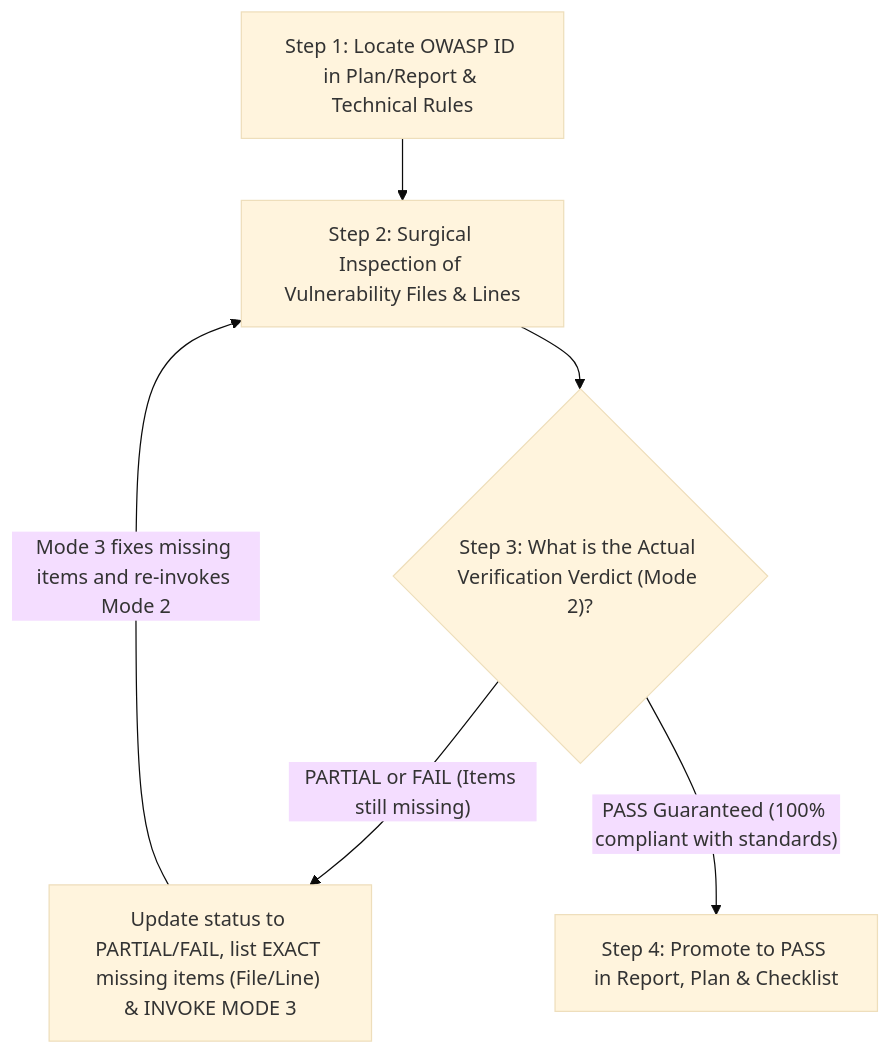
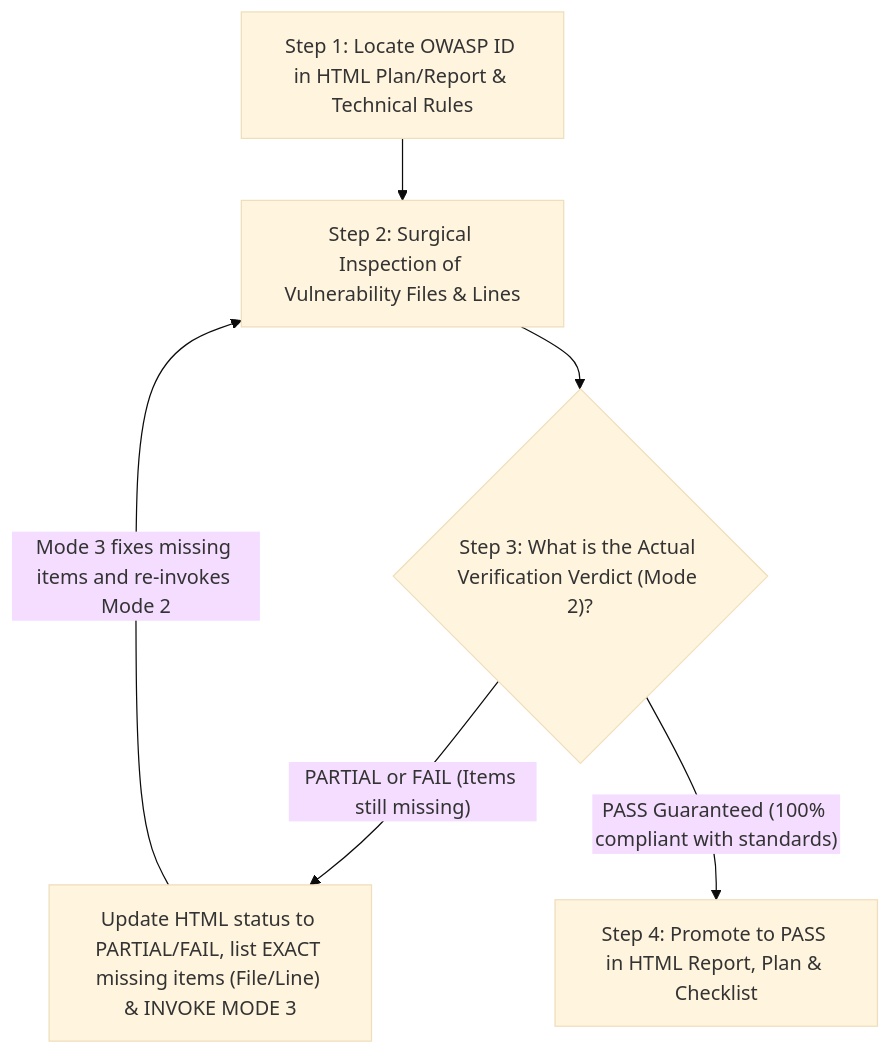
Before and after one commit to BrunoReiff/embed-sec-auditor: the third of 4 diagrams in .agents/skills/owasp-iot-auditor/SKILL.md, drawn with Mermaid (base theme). The commit also changed other lines of this file and 11 other files, not shown here.

````diff
--- a/.agents/skills/owasp-iot-auditor/SKILL.md
+++ b/.agents/skills/owasp-iot-auditor/SKILL.md
@@ -233,8 +238,8 @@
 ```mermaid
 flowchart TD
-    R1["Step 1: Locate OWASP ID in Plan/Report & Technical Rules"] --> R2["Step 2: Surgical Inspection of Vulnerability Files & Lines"]
+    R1["Step 1: Locate OWASP ID in HTML Plan/Report & Technical Rules"] --> R2["Step 2: Surgical Inspection of Vulnerability Files & Lines"]
     R2 --> R3{"Step 3: What is the Actual Verification Verdict (Mode 2)?"}
-    R3 -->|"PARTIAL or FAIL (Items still missing)"| R_LOOP["Update status to PARTIAL/FAIL, list EXACT missing items (File/Line) & INVOKE MODE 3"]
+    R3 -->|"PARTIAL or FAIL (Items still missing)"| R_LOOP["Update HTML status to PARTIAL/FAIL, list EXACT missing items (File/Line) & INVOKE MODE 3"]
     R_LOOP -->|"Mode 3 fixes missing items and re-invokes Mode 2"| R2
-    R3 -->|"PASS Guaranteed (100% compliant with standards)"| R4["Step 4: Promote to PASS in Report, Plan & Checklist"]
+    R3 -->|"PASS Guaranteed (100% compliant with standards)"| R4["Step 4: Promote to PASS in HTML Report, Plan & Checklist"]
 ```
````
